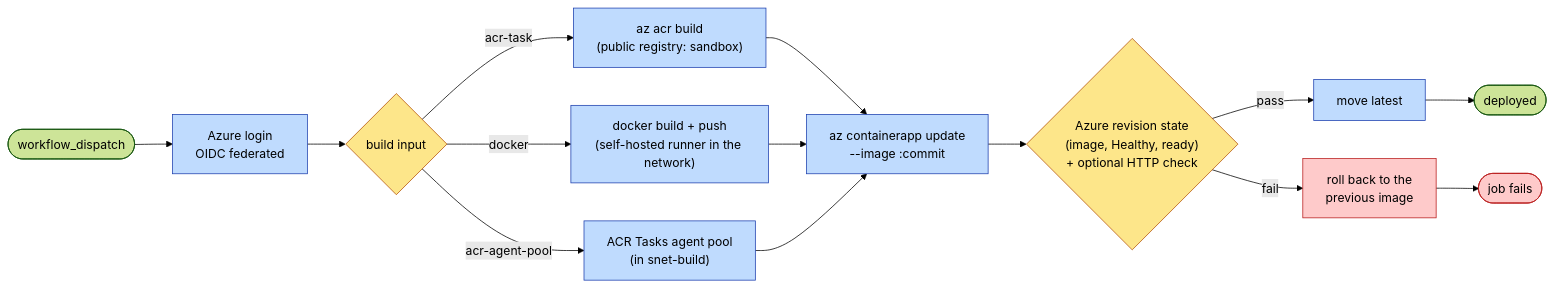
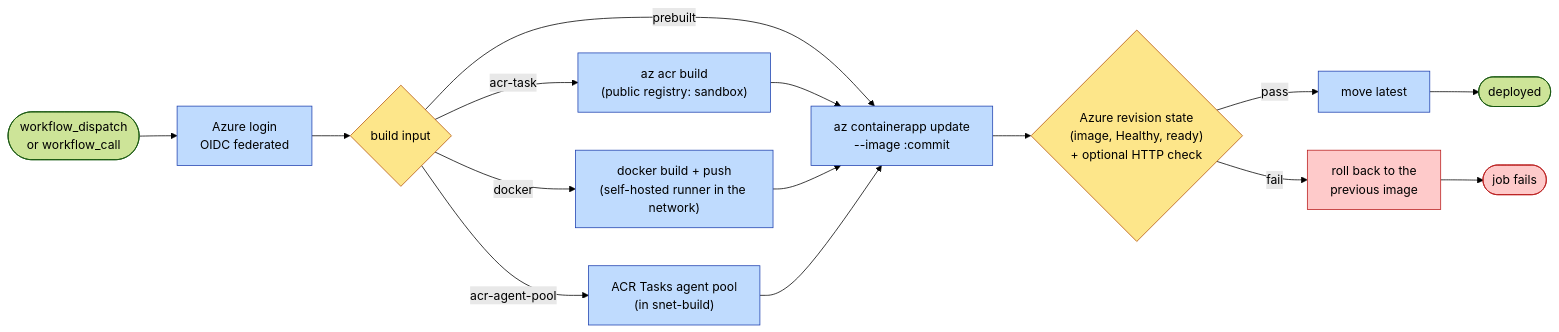
Before and after one commit to Insight-Services-APAC/tokenscope-public: the second of 2 diagrams in docs/wiki/Deployment-and-Operations.md, drawn with Mermaid (forest theme). The commit also changed other lines of this file and 16 other files, not shown here.

Commit message:
release: drift guards, dev-stack collector fix, Postgres ServerIsBusy fix, example workflow_call/prebuilt/first-apply

````diff
--- a/docs/wiki/Deployment-and-Operations.md
+++ b/docs/wiki/Deployment-and-Operations.md
@@ -117,22 +119,23 @@
 ```mermaid
 flowchart LR
-  start([workflow_dispatch]) --> oidc[Azure login<br/>OIDC federated]
+  start([workflow_dispatch<br/>or workflow_call]) --> oidc[Azure login<br/>OIDC federated]
   oidc --> build{"build input"}
   build -->|acr-task| cloud["az acr build<br/>(public registry: sandbox)"]
   build -->|docker| dbuild["docker build + push<br/>(self-hosted runner in the network)"]
   build -->|acr-agent-pool| pool["ACR Tasks agent pool<br/>(in snet-build)"]
+  build -->|prebuilt| roll
   cloud --> roll["az containerapp update<br/>--image :commit"]
   dbuild --> roll
   pool --> roll
   roll --> verify{"Azure revision state<br/>(image, Healthy, ready)<br/>+ optional HTTP check"}
   verify -->|pass| promote["move latest"] --> ok([deployed])
   verify -->|fail| rollback["roll back to the<br/>previous image"]
   rollback --> failed([job fails])
 
   classDef ci fill:#bfdbfe,stroke:#1e40af,color:#000;
   classDef gate fill:#fde68a,stroke:#b45309,color:#000;
   classDef bad fill:#fecaca,stroke:#b91c1c,color:#000;
   class oidc,cloud,dbuild,pool,roll,promote ci;
   class build,verify gate;
   class rollback,failed bad;
 ```
````
